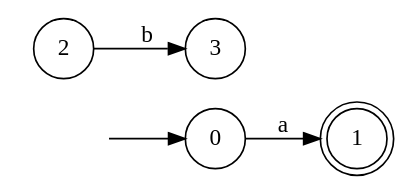
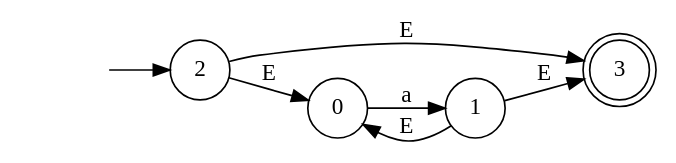
One commit to CrisLayB/ProgrammingLanguageDesign changed the diagram in src/docs/automata.dot. Above: the diagram before and after it, drawn with Graphviz. The commit also changed 15 other files, not shown here.

```diff
--- a/src/docs/automata.dot
+++ b/src/docs/automata.dot
@@ -1,13 +1,16 @@
 digraph "Resultado Automata" {
 rankdir=LR size="8,5"
 node [shape=doublecircle]
-1
+3
 node [shape=circle]
-0
+2
 node [shape=none]
 ""
-""-> 0 [label=""]
+""-> 2 [label=""]
 node [shape=circle]
 0 -> 1[label="a"]
-2 -> 3[label="b"]
+1 -> 0[label="E"]
+2 -> 3[label="E"]
+2 -> 0[label="E"]
+1 -> 3[label="E"]
 }
```
